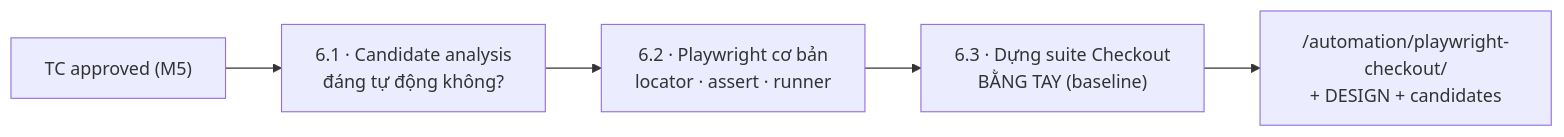
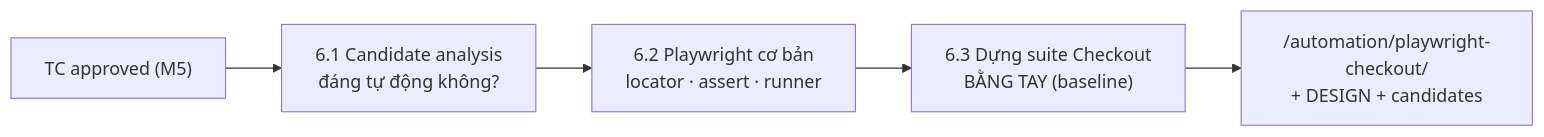
One commit to heino-labs/gen-ai-labs changed the first of 3 diagrams in docs/curriculum/MODULE-06-playwright.md. Above: the diagram before and after it, drawn with Mermaid. The commit also changed other lines of this file and 10 other files, not shown here.

Commit message:
Refactor MODULE-09-capstone.md and README.md for clarity and structure; enhance narrative flow and emphasize evidence-based learning in AI testing curriculum.

````diff
--- a/docs/curriculum/MODULE-06-playwright.md
+++ b/docs/curriculum/MODULE-06-playwright.md
@@ -45,7 +36,7 @@
 ```mermaid
 flowchart LR
-    V["TC approved (M5)"] --> C["6.1 · Candidate analysis<br/>đáng tự động không?"]
-    C --> P["6.2 · Playwright cơ bản<br/>locator · assert · runner"]
-    P --> S["6.3 · Dựng suite Checkout<br/>BẰNG TAY (baseline)"]
+    V["TC approved (M5)"] --> C["6.1 Candidate analysis<br/>đáng tự động không?"]
+    C --> P["6.2 Playwright cơ bản<br/>locator · assert · runner"]
+    P --> S["6.3 Dựng suite Checkout<br/>BẰNG TAY (baseline)"]
     S --> B["/automation/playwright-checkout/<br/>+ DESIGN + candidates"]
 ```
````
